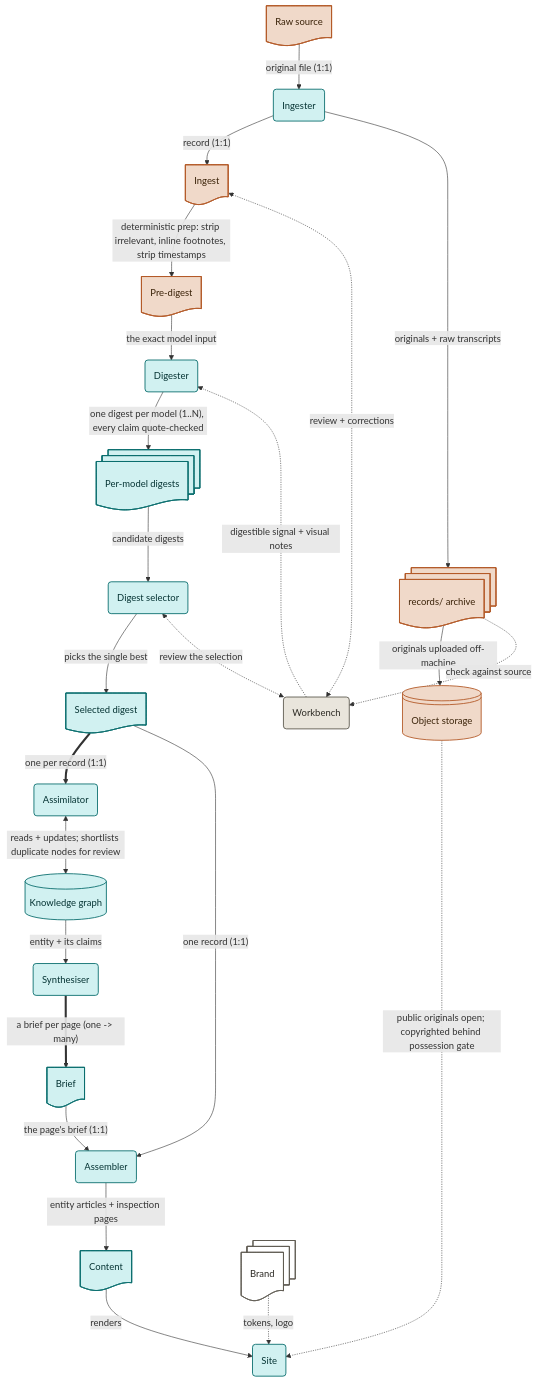
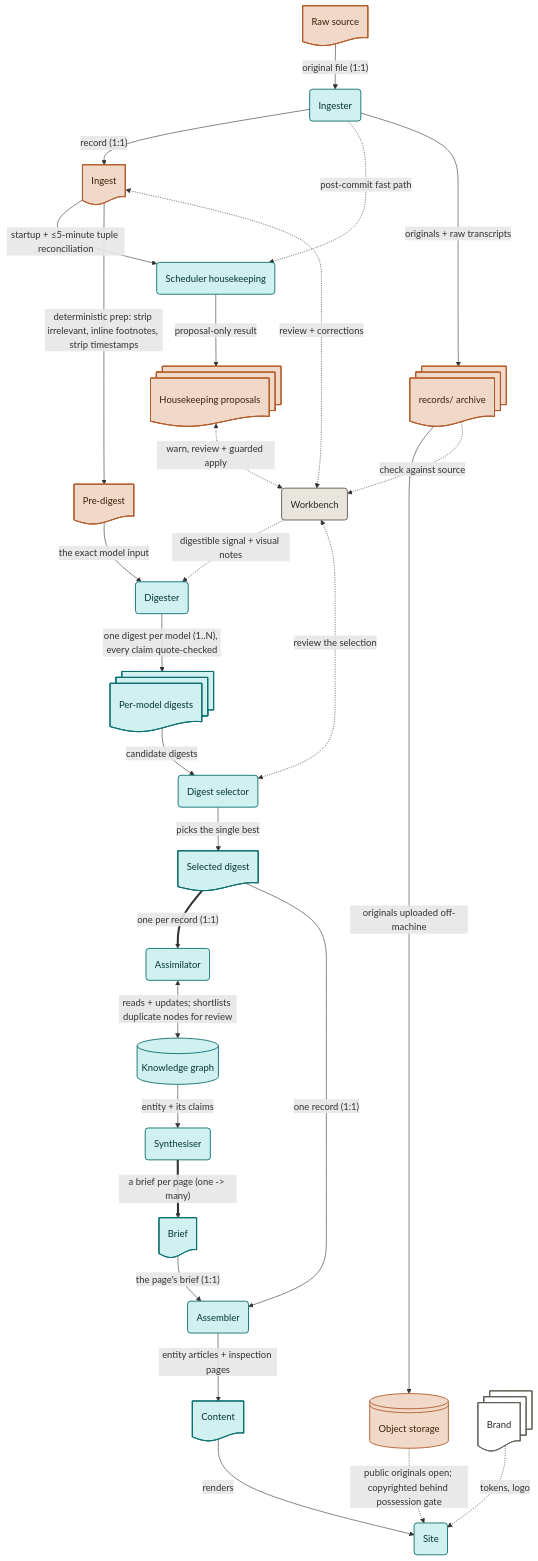
Before and after one commit to anomalica/anomalica: the diagram in reference/pipeline.mmd, drawn with Mermaid. The commit also changed 17 other files, not shown here.

```diff
--- a/reference/pipeline.mmd
+++ b/reference/pipeline.mmd
@@ -1,74 +1,82 @@
 flowchart TB
   classDef src fill:#F0D9C9,stroke:#B35A28,stroke-width:1.5px,color:#3a2208;
   classDef pub fill:#D1F1F1,stroke:#0B6E6E,stroke-width:1.5px,color:#053333;
   classDef rev fill:#E9E5DC,stroke:#5E5A50,stroke-width:1.5px,color:#2c2a24;
   classDef store fill:#ffffff,stroke:#5E5A50,stroke-width:1.3px,color:#2c2a24;
 
   raw@{ shape: doc, label: "Raw source" }
   ingester@{ shape: rounded, label: "Ingester" }
   ingest@{ shape: doc, label: "Ingest" }
+  housekeeping@{ shape: rounded, label: "Scheduler housekeeping" }
+  housekeeping_proposals@{ shape: docs, label: "Housekeeping proposals" }
   predigest@{ shape: doc, label: "Pre-digest" }
   archive@{ shape: docs, label: "records/ archive" }
   bucket@{ shape: lin-cyl, label: "Object storage" }
   workbench@{ shape: rounded, label: "Workbench" }
   digester@{ shape: rounded, label: "Digester" }
   digests@{ shape: docs, label: "Per-model digests" }
   selector@{ shape: rounded, label: "Digest selector" }
   selected@{ shape: doc, label: "Selected digest" }
   assimilator@{ shape: rounded, label: "Assimilator" }
   kg@{ shape: cyl, label: "Knowledge graph" }
   synthesiser@{ shape: rounded, label: "Synthesiser" }
   briefs@{ shape: doc, label: "Brief" }
   assembler@{ shape: rounded, label: "Assembler" }
   content@{ shape: doc, label: "Content" }
   site@{ shape: rounded, label: "Site" }
   brand@{ shape: docs, label: "Brand" }
 
   raw -->|"original file (1:1)"| ingester
   ingester -->|"record (1:1)"| ingest
+  ingester -.->|"post-commit fast path"| housekeeping
+  ingest -->|"startup + ≤5-minute tuple reconciliation"| housekeeping
+  housekeeping -->|"proposal-only result"| housekeeping_proposals
+  housekeeping_proposals <-.->|"warn, review + guarded apply"| workbench
   ingester -->|"originals + raw transcripts"| archive
   archive -->|"originals uploaded off-machine"| bucket
   bucket -.->|"public originals open; copyrighted behind possession gate"| site
   ingest -->|"deterministic prep: strip irrelevant, inline footnotes, strip timestamps"| predigest
   predigest -->|"the exact model input"| digester
   digester -->|"one digest per model (1..N), every claim quote-checked"| digests
   digests -->|"candidate digests"| selector
   selector -->|"picks the single best"| selected
   selected ==>|"one per record (1:1)"| assimilator
   assimilator <-->|"reads + updates; shortlists duplicate nodes for review"| kg
   kg -->|"entity + its claims"| synthesiser
   synthesiser ==>|"a brief per page (one -> many)"| briefs
   briefs -->|"the page's brief (1:1)"| assembler
   selected -->|"one record (1:1)"| assembler
   assembler -->|"entity articles + inspection pages"| content
   content -->|"renders"| site
   brand -.->|"tokens, logo"| site
   ingest <-.->|"review + corrections"| workbench
   selector <-.->|"review the selection"| workbench
   archive -.->|"check against source"| workbench
   workbench -.->|"digestible signal + visual notes"| digester
 
-  class raw,ingest,predigest,archive,bucket src
-  class ingester,digester,digests,selector,selected,assimilator,kg,synthesiser,briefs,assembler,content,site pub
+  class raw,ingest,housekeeping_proposals,predigest,archive,bucket src
+  class ingester,housekeeping,digester,digests,selector,selected,assimilator,kg,synthesiser,briefs,assembler,content,site pub
   class workbench rev
   class brand store
 
   click raw nodeClick
   click ingester nodeClick
   click ingest nodeClick
+  click housekeeping nodeClick
+  click housekeeping_proposals nodeClick
   click predigest nodeClick
   click archive nodeClick
   click bucket nodeClick
   click workbench nodeClick
   click digester nodeClick
   click digests nodeClick
   click selector nodeClick
   click selected nodeClick
   click assimilator nodeClick
   click kg nodeClick
   click synthesiser nodeClick
   click briefs nodeClick
   click assembler nodeClick
   click content nodeClick
   click site nodeClick
   click brand nodeClick
```
